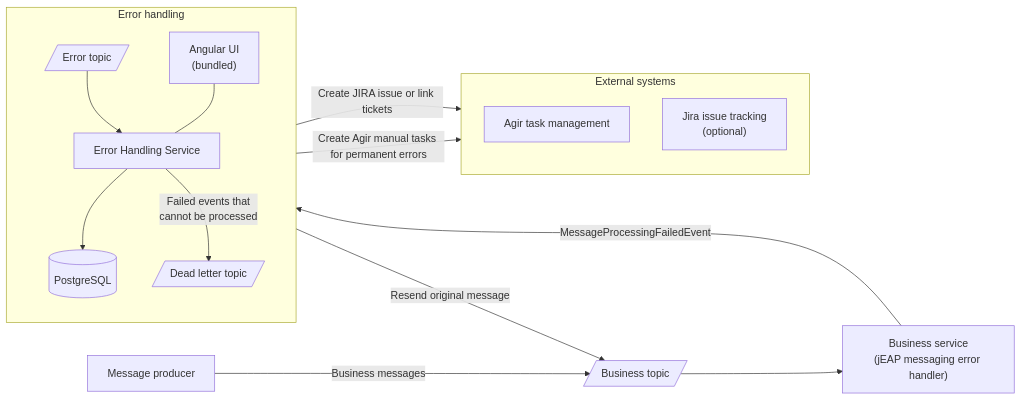
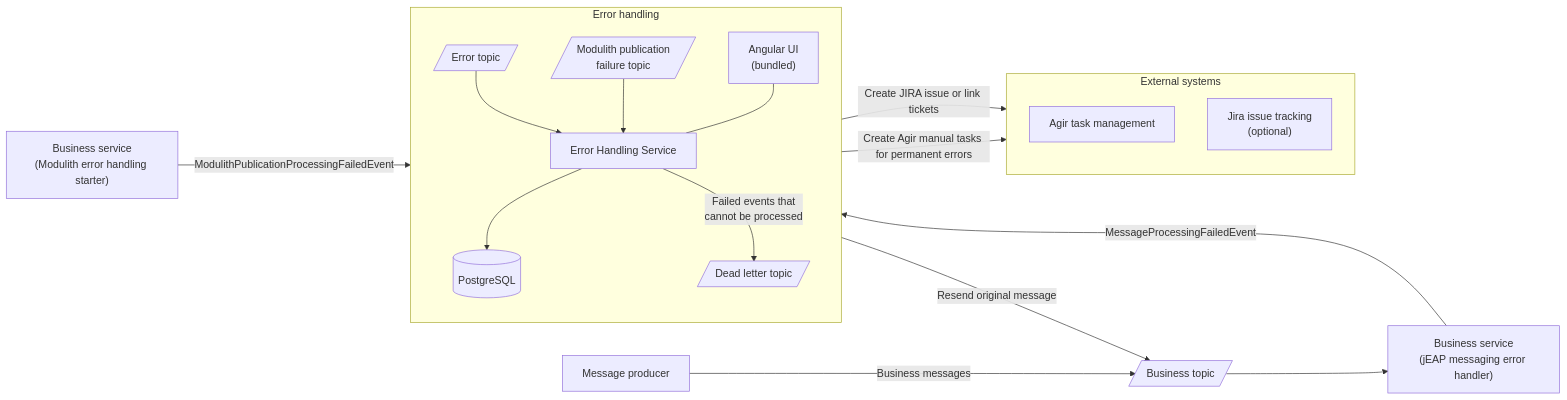
One commit to jeap-admin-ch/jeap-error-handling changed the first of 4 diagrams in docs/architecture.md. Above: the diagram before and after it, drawn with Mermaid. The commit also changed other lines of this file and 16 other files, not shown here.

Commit message:
JEAP-7448 Separate Modulith failure ingestion

````diff
--- a/docs/architecture.md
+++ b/docs/architecture.md
@@ -22,32 +23,36 @@
 ```mermaid
 flowchart LR
   Producer["Message producer"]
   Topic[/"Business topic"/]
   Consumer["Business service<br/>(jEAP messaging error handler)"]
+  ModulithService["Business service<br/>(Modulith error handling starter)"]
 
   subgraph ERROR_HANDLING["Error handling"]
     direction TB
     ErrorTopic[/"Error topic"/]
+    ModulithErrorTopic[/"Modulith publication<br/>failure topic"/]
     EHS["Error Handling Service"]
     DB[("PostgreSQL")]
     UI["Angular UI<br/>(bundled)"]
     DLT[/"Dead letter topic"/]
     ErrorTopic --> EHS
+    ModulithErrorTopic --> EHS
     UI --- EHS
     EHS --> DB
     EHS -->|" Failed events that<br/>cannot be processed "| DLT
   end
 
   subgraph EXTERNAL["External systems"]
     direction TB
     Agir["Agir task management"]
     Jira["Jira issue tracking<br/>(optional)"]
   end
 
   Producer -->|" Business messages "| Topic
   Topic --> Consumer
   Consumer -->|" MessageProcessingFailedEvent "| ErrorTopic
+  ModulithService -->|" ModulithPublicationProcessingFailedEvent "| ModulithErrorTopic
   EHS -->|" Resend original message "| Topic
   EHS -->|" Create Agir manual tasks for permanent errors "| Agir
   EHS -->|" Create JIRA issue or link tickets "| Jira
 ```
````
